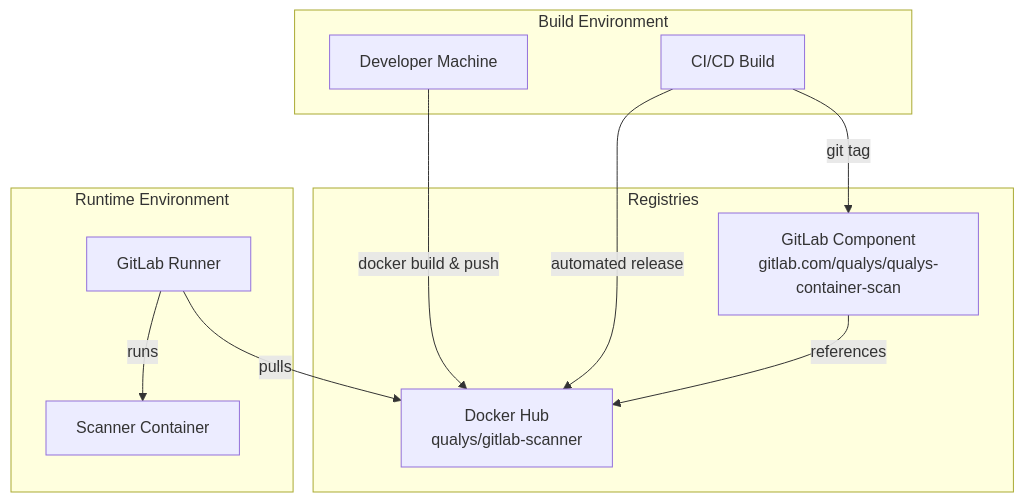
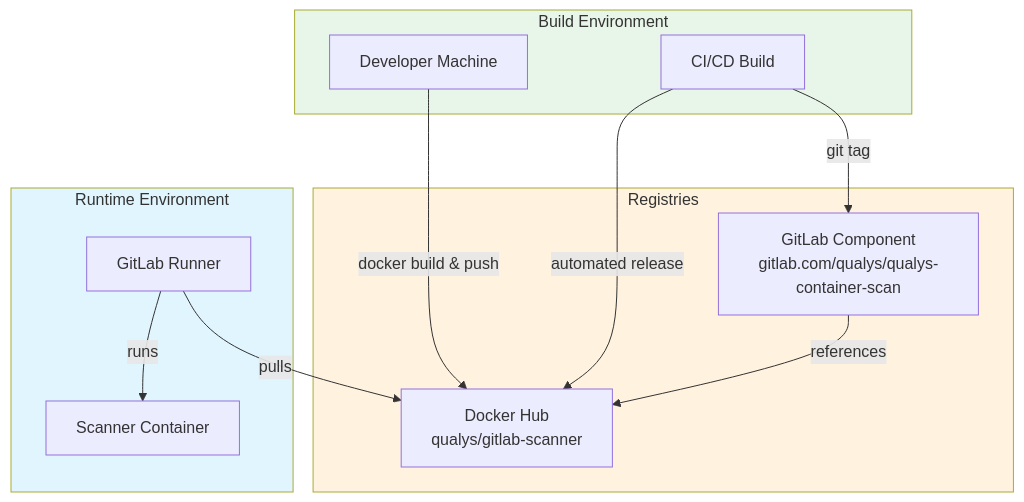
Before and after one commit to nelssec/qualys-gitlab: the second of 3 diagrams in docs/deployment.md, drawn with Mermaid. The commit also changed other lines of this file and 4 other files, not shown here.

````diff
--- a/docs/deployment.md
+++ b/docs/deployment.md
@@ -92,25 +88,29 @@
 ```mermaid
 flowchart TB
-    subgraph Build["Build Environment"]
+    subgraph build["Build Environment"]
         dev["Developer Machine"]
         ci_build["CI/CD Build"]
     end
 
-    subgraph Registry["Registries"]
+    subgraph registry["Registries"]
         dockerhub["Docker Hub<br/>qualys/gitlab-scanner"]
         gitlab_comp["GitLab Component<br/>gitlab.com/qualys/qualys-container-scan"]
     end
 
-    subgraph Runtime["Runtime Environment"]
+    subgraph runtime["Runtime Environment"]
         runner["GitLab Runner"]
         container["Scanner Container"]
     end
 
-    dev -->|"docker build & push"| dockerhub
-    ci_build -->|"automated release"| dockerhub
-    ci_build -->|"git tag"| gitlab_comp
+    dev -->|docker build & push| dockerhub
+    ci_build -->|automated release| dockerhub
+    ci_build -->|git tag| gitlab_comp
 
-    gitlab_comp -->|"references"| dockerhub
-    runner -->|"pulls"| dockerhub
-    runner -->|"runs"| container
+    gitlab_comp -->|references| dockerhub
+    runner -->|pulls| dockerhub
+    runner -->|runs| container
+
+    style build fill:#e8f5e9
+    style registry fill:#fff3e0
+    style runtime fill:#e1f5fe
 ```
````
